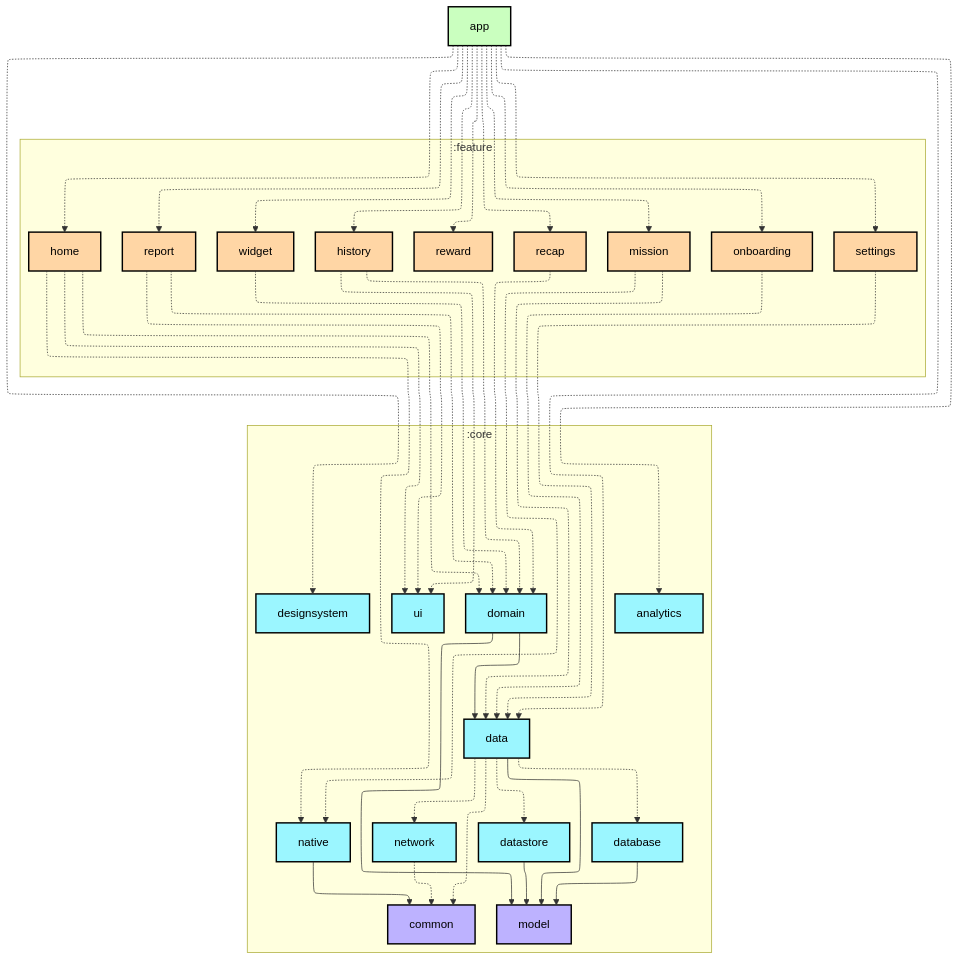
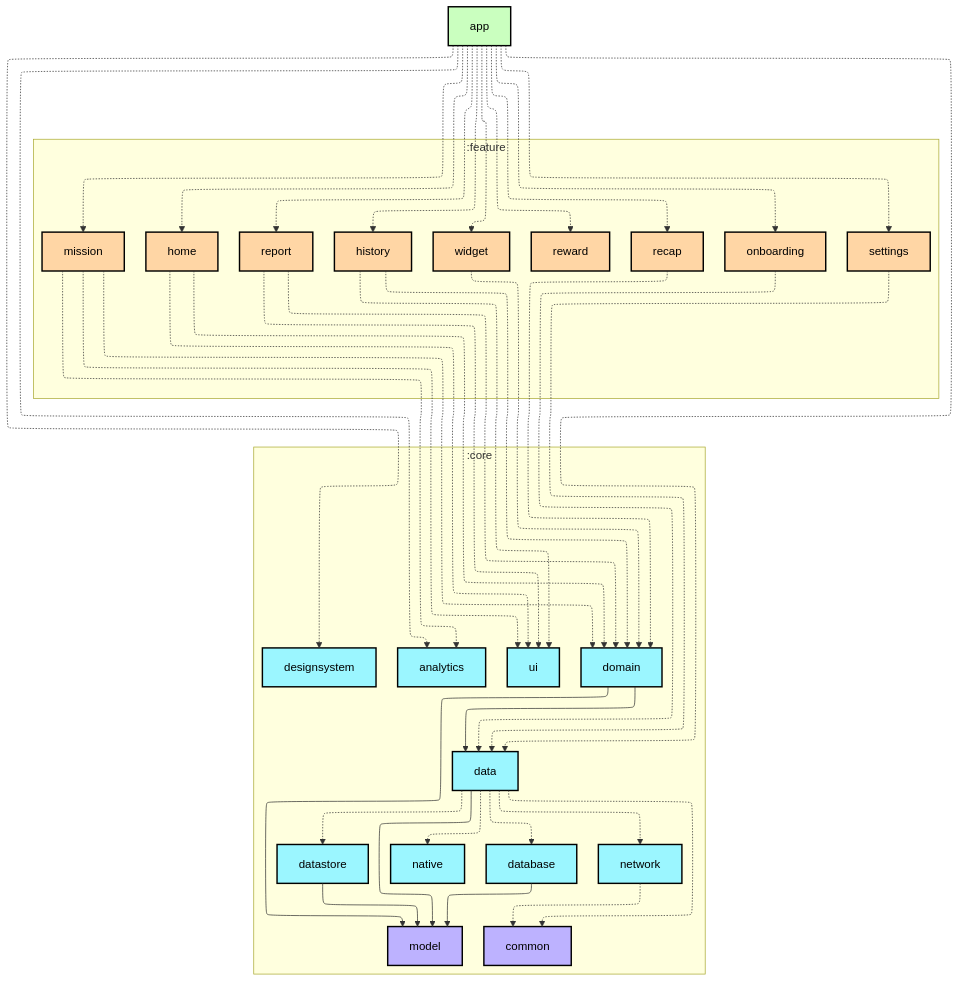
Before and after one commit to Sunior-k/walklog: the first of 2 diagrams in app/README.md, drawn with Mermaid. The commit also changed 75 other files, not shown here.

```diff
--- a/app/README.md
+++ b/app/README.md
@@ -57,9 +57,9 @@
   :app -.-> :core:designsystem
 
   :feature:home -.-> :core:domain
-  :feature:home -.-> :core:native
-  :feature:mission -.-> :core:data
-  :feature:mission -.-> :core:native
+  :feature:mission -.-> :core:domain
+  :feature:mission -.-> :core:ui
+  :feature:mission -.-> :core:analytics
   :feature:recap -.-> :core:domain
   :feature:report -.-> :core:domain
   :feature:history -.-> :core:domain
@@ -72,11 +72,11 @@
 
   :core:domain --> :core:data
   :core:domain --> :core:model
-  :core:native --> :core:common
   :core:data --> :core:model
   :core:data -.-> :core:database
   :core:data -.-> :core:datastore
   :core:data -.-> :core:network
+  :core:data -.-> :core:native
   :core:data -.-> :core:common
   :core:network -.-> :core:common
   :core:database --> :core:model
```
